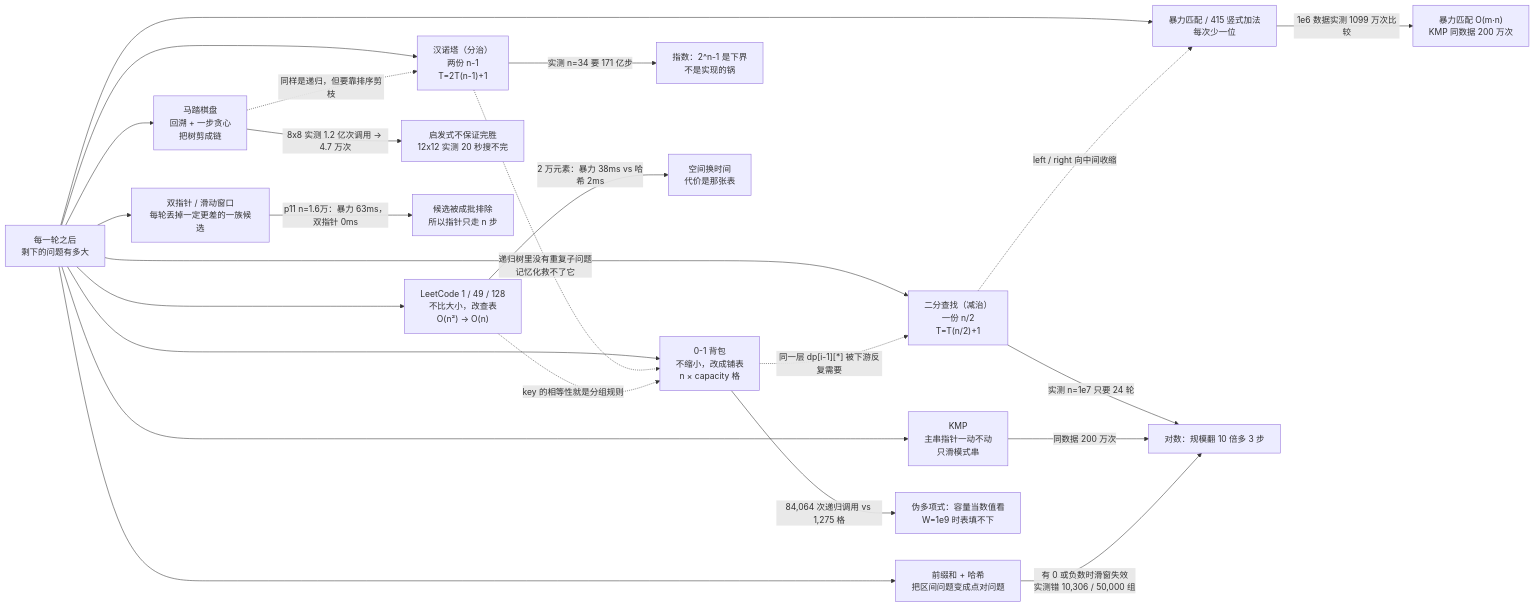
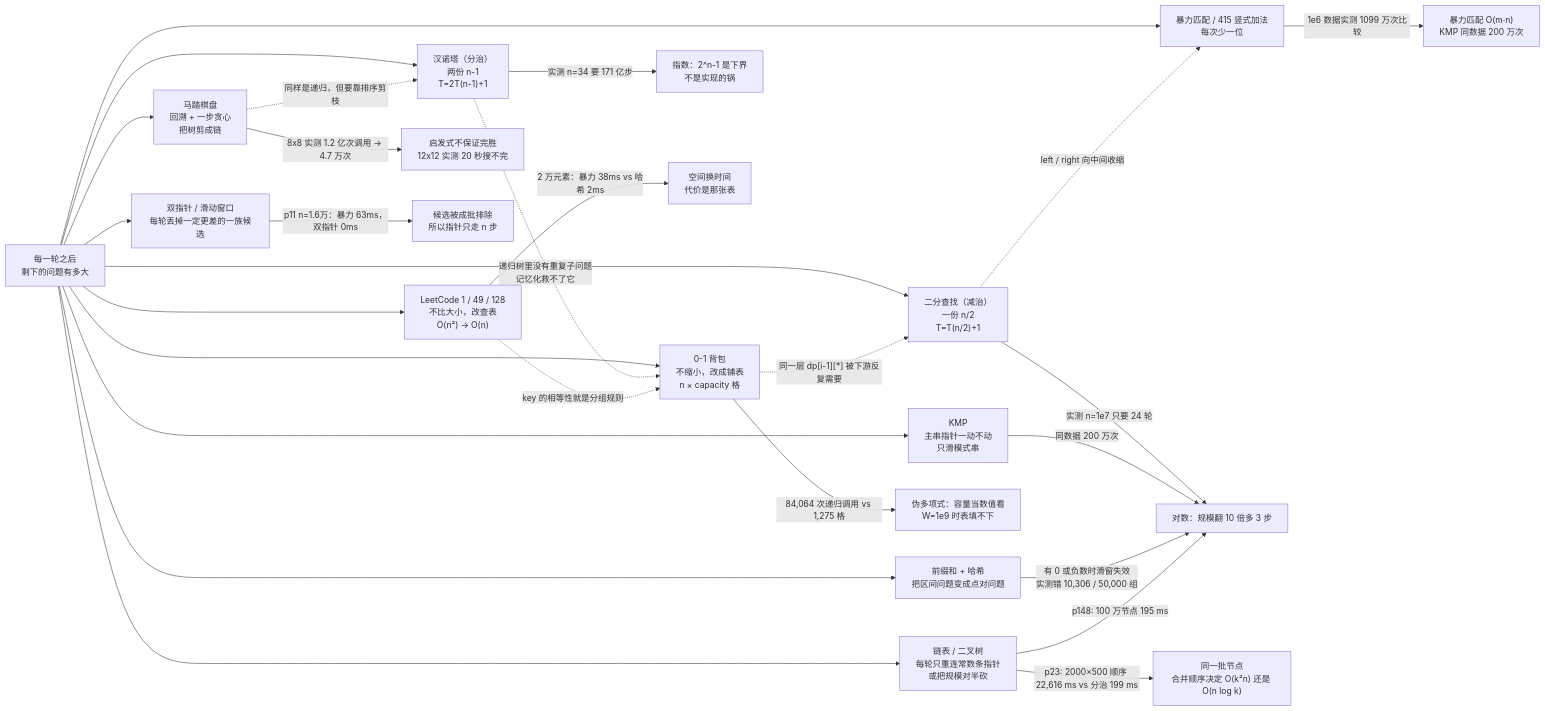
The first of 2 diagrams in README.md (c0re-T/algorithm), drawn with Mermaid before and after one commit. The commit also changed other lines of this file and 29 other files, not shown here.

````diff
--- a/README.md
+++ b/README.md
@@ -11,27 +11,30 @@
 ```mermaid
 flowchart LR
     A["每一轮之后<br/>剩下的问题有多大"]
     A --> B["汉诺塔（分治）<br/>两份 n-1<br/>T=2T(n-1)+1"]
     A --> C["二分查找（减治）<br/>一份 n/2<br/>T=T(n/2)+1"]
     A --> D["暴力匹配 / 415 竖式加法<br/>每次少一位"]
     A --> E["KMP<br/>主串指针一动不动<br/>只滑模式串"]
     A --> F["0-1 背包<br/>不缩小，改成铺表<br/>n × capacity 格"]
     A --> G["马踏棋盘<br/>回溯 + 一步贪心<br/>把树剪成链"]
     A --> H["LeetCode 1 / 49 / 128<br/>不比大小，改查表<br/>O(n²) → O(n)"]
     A --> I["双指针 / 滑动窗口<br/>每轮丢掉一定更差的一族候选"]
     A --> J["前缀和 + 哈希<br/>把区间问题变成点对问题"]
     B -->|"实测 n=34 要 171 亿步"| R["指数：2^n-1 是下界<br/>不是实现的锅"]
     C -->|"实测 n=1e7 只要 24 轮"| L["对数：规模翻 10 倍多 3 步"]
     D -->|"1e6 数据实测 1099 万次比较"| M2["暴力匹配 O(m·n)<br/>KMP 同数据 200 万次"]
     E -->|"同数据 200 万次"| L
     F -->|"84,064 次递归调用 vs 1,275 格"| M["伪多项式：容量当数值看<br/>W=1e9 时表填不下"]
     G -->|"8x8 实测 1.2 亿次调用 → 4.7 万次"| H2["启发式不保证完胜<br/>12x12 实测 20 秒搜不完"]
     H -->|"2 万元素：暴力 38ms vs 哈希 2ms"| M3["空间换时间<br/>代价是那张表"]
     I -->|"p11 n=1.6万：暴力 63ms，双指针 0ms"| N["候选被成批排除<br/>所以指针只走 n 步"]
     J -->|"有 0 或负数时滑窗失效<br/>实测错 10,306 / 50,000 组"| L
+    A --> K["链表 / 二叉树<br/>每轮只重连常数条指针<br/>或把规模对半砍"]
+    K -->|"p23: 2000×500 顺序 22,616 ms vs 分治 199 ms"| N2["同一批节点<br/>合并顺序决定 O(k²n) 还是 O(n log k)"]
+    K -->|"p148: 100 万节点 195 ms"| L
     B -.->|"递归树里没有重复子问题<br/>记忆化救不了它"| F
     F -.->|"同一层 dp[i-1][*] 被下游反复需要"| C
     C -.->|"left / right 向中间收缩"| D
     G -.->|"同样是递归，但要靠排序剪枝"| B
     H -.->|"key 的相等性就是分组规则"| F
 ```
````
